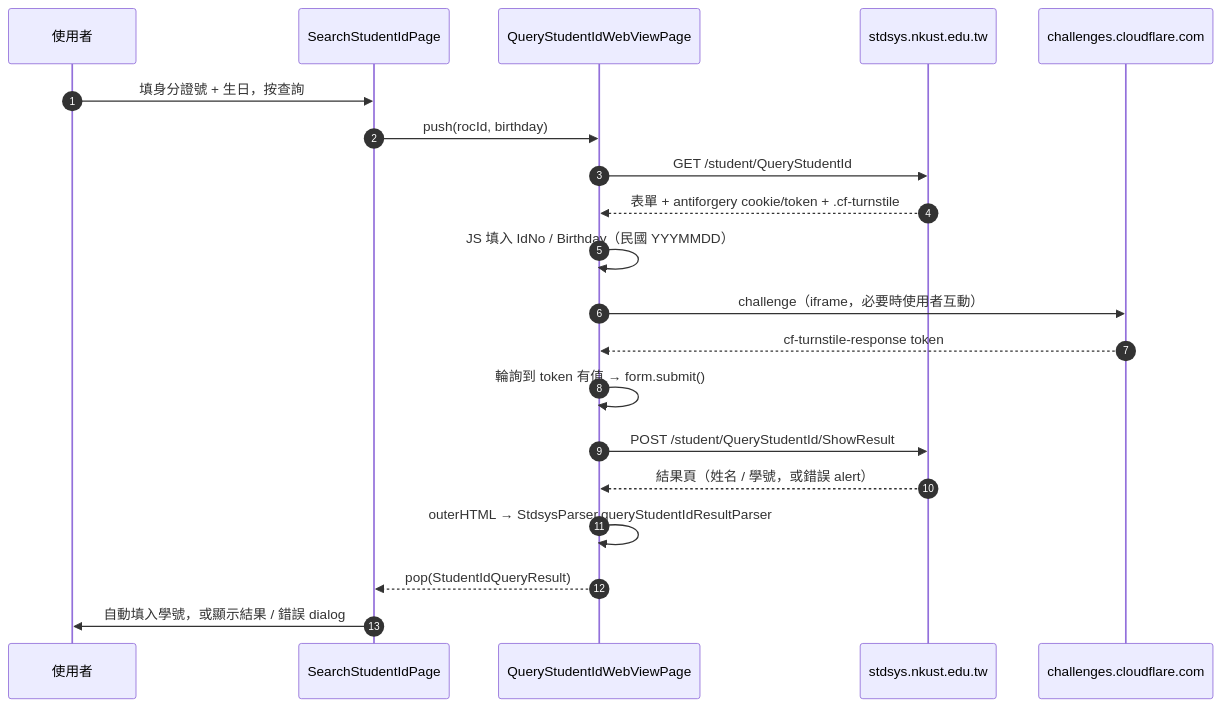
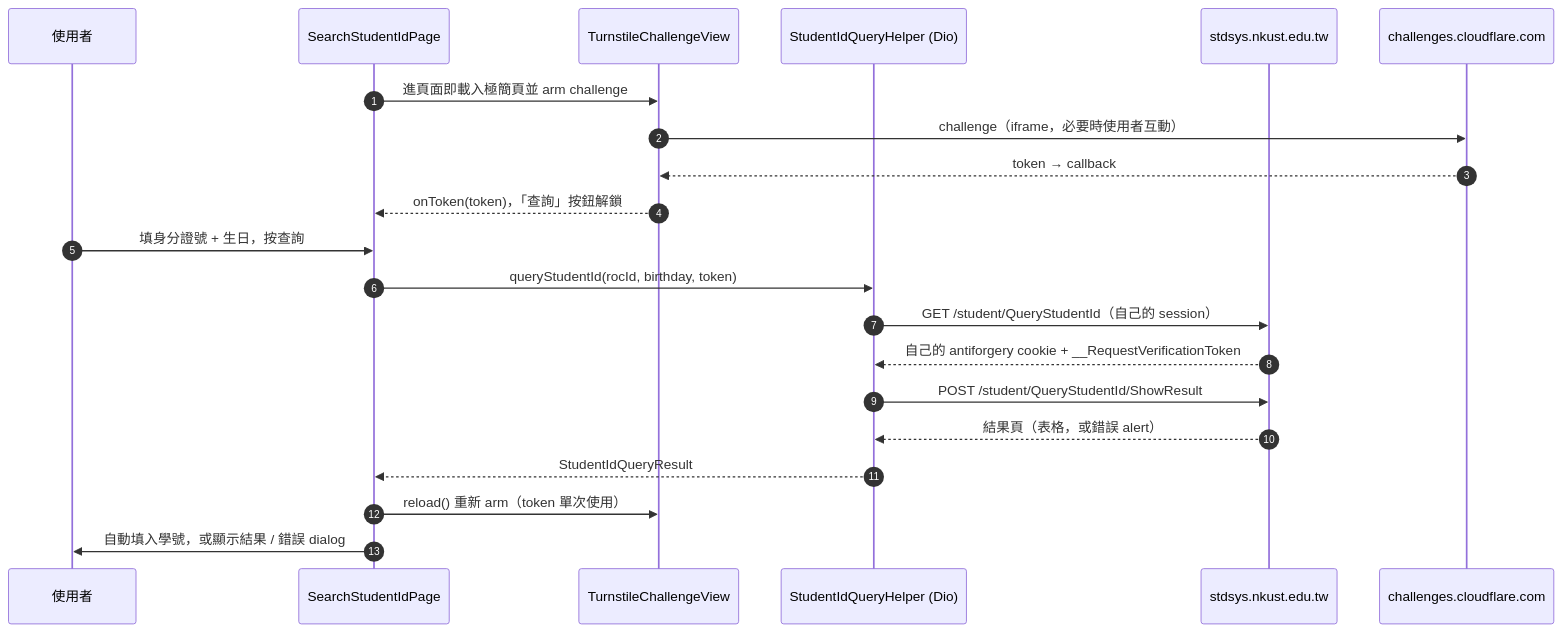
One commit to NKUST-ITC/NKUST-AP-Flutter changed the diagram in docs/student-id-query-turnstile.md. Above: the diagram before and after it, drawn with Mermaid. The commit also changed other lines of this file and 13 other files, not shown here.

Commit message:
feat(login): embed the turnstile challenge in the student id form

````diff
--- a/docs/student-id-query-turnstile.md
+++ b/docs/student-id-query-turnstile.md
@@ -32,23 +32,24 @@
 ```mermaid
 sequenceDiagram
   autonumber
   participant U as 使用者
   participant P as SearchStudentIdPage
-  participant W as QueryStudentIdWebViewPage
+  participant W as TurnstileChallengeView
+  participant D as StudentIdQueryHelper (Dio)
   participant S as stdsys.nkust.edu.tw
   participant CF as challenges.cloudflare.com
 
+  P->>W: 進頁面即載入極簡頁並 arm challenge
+  W->>CF: challenge（iframe，必要時使用者互動）
+  CF-->>W: token → callback
+  W-->>P: onToken(token)，「查詢」按鈕解鎖
   U->>P: 填身分證號 + 生日，按查詢
-  P->>W: push(rocId, birthday)
-  W->>S: GET /student/QueryStudentId
-  S-->>W: 表單 + antiforgery cookie/token + .cf-turnstile
-  W->>W: JS 填入 IdNo / Birthday（民國 YYYMMDD）
-  W->>CF: challenge（iframe，必要時使用者互動）
-  CF-->>W: cf-turnstile-response token
-  W->>W: 輪詢到 token 有值 → form.submit()
-  W->>S: POST /student/QueryStudentId/ShowResult
-  S-->>W: 結果頁（姓名 / 學號，或錯誤 alert）
-  W->>W: outerHTML → StdsysParser.queryStudentIdResultParser
-  W-->>P: pop(StudentIdQueryResult)
+  P->>D: queryStudentId(rocId, birthday, token)
+  D->>S: GET /student/QueryStudentId（自己的 session）
+  S-->>D: 自己的 antiforgery cookie + __RequestVerificationToken
+  D->>S: POST /student/QueryStudentId/ShowResult
+  S-->>D: 結果頁（表格，或錯誤 alert）
+  D-->>P: StudentIdQueryResult
+  P->>W: reload() 重新 arm（token 單次使用）
   P->>U: 自動填入學號，或顯示結果 / 錯誤 dialog
 ```
````
